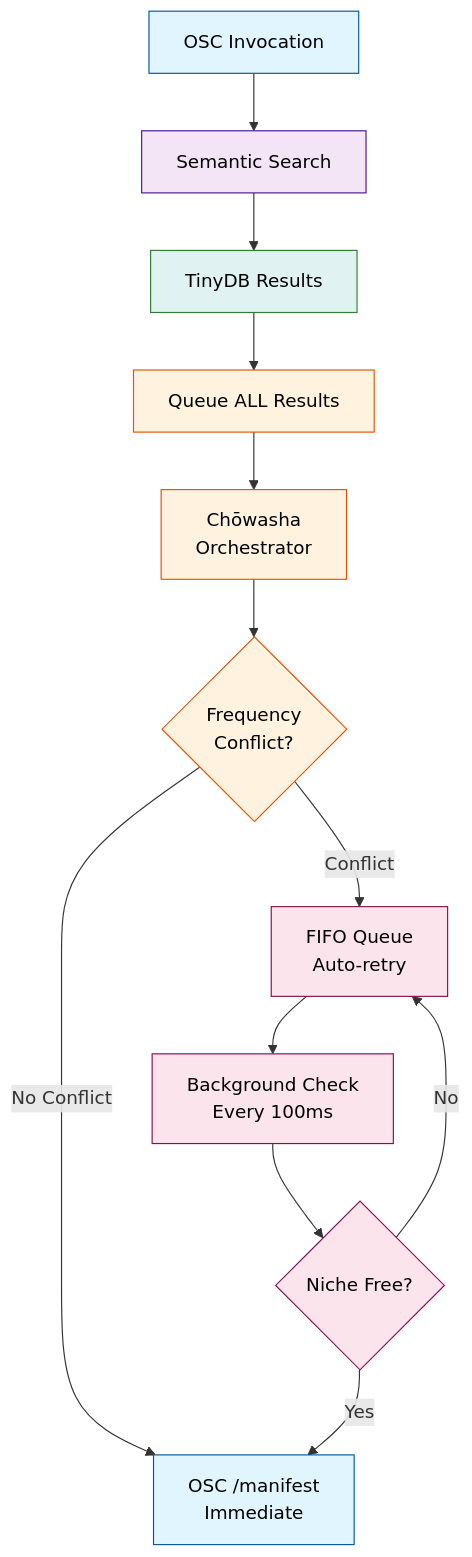
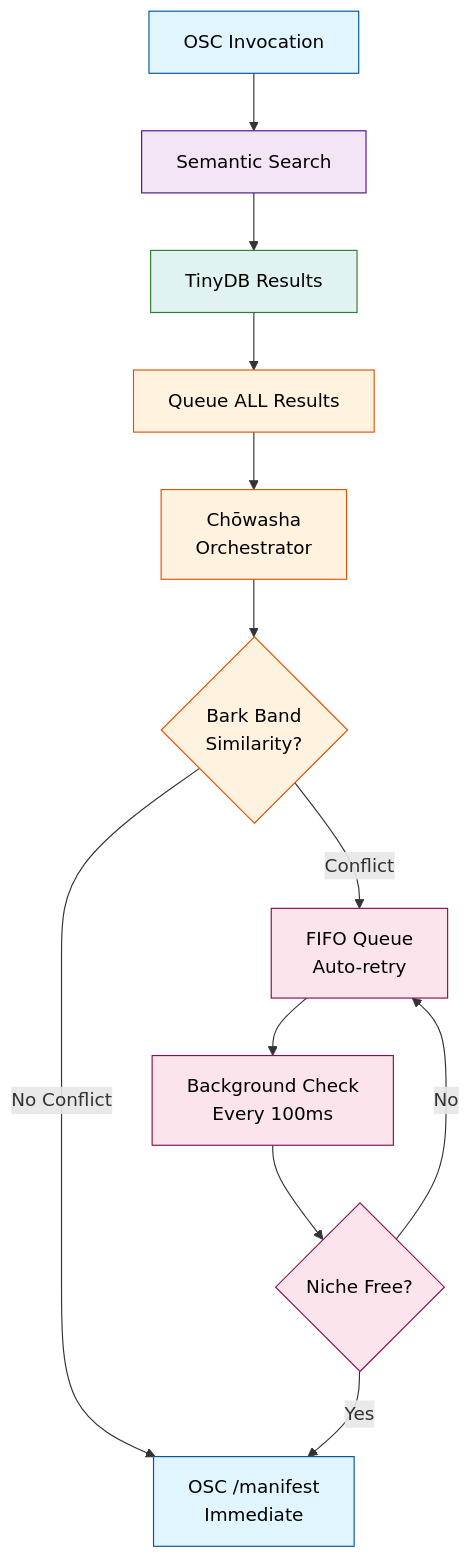
One commit to jpdrecourt/hibikido changed the first of 3 diagrams in docs/TECHNICAL_GUIDE.md. Above: the diagram before and after it, drawn with Mermaid. The commit also changed other lines of this file, not shown here.

First line of the commit message:
Update technical documentation for Bark band niche analysis

````diff
--- a/docs/TECHNICAL_GUIDE.md
+++ b/docs/TECHNICAL_GUIDE.md
@@ -9,25 +9,25 @@
 ```mermaid
 graph TD
     A[OSC Invocation] --> B[Semantic Search]
     B --> C[TinyDB Results]
     C --> D[Queue ALL Results]
     D --> E[Chōwasha<br/>Orchestrator]
-    E --> F{Frequency<br/>Conflict?}
+    E --> F{Bark Band<br/>Similarity?}
     F -->|No Conflict| G[OSC /manifest<br/>Immediate]
     F -->|Conflict| H[FIFO Queue<br/>Auto-retry]
     H --> I[Background Check<br/>Every 100ms]
     I --> J{Niche Free?}
     J -->|Yes| G
     J -->|No| H
 
     style A fill:#e1f5fe,stroke:#01579b,color:#000
     style B fill:#f3e5f5,stroke:#4a148c,color:#000
     style C fill:#e0f2f1,stroke:#2e7d32,color:#000
     style D fill:#fff3e0,stroke:#e65100,color:#000
     style E fill:#fff3e0,stroke:#e65100,color:#000
     style F fill:#fff3e0,stroke:#e65100,color:#000
     style G fill:#e1f5fe,stroke:#01579b,color:#000
     style H fill:#fce4ec,stroke:#880e4f,color:#000
     style I fill:#fce4ec,stroke:#880e4f,color:#000
     style J fill:#fce4ec,stroke:#880e4f,color:#000
 ```
````
